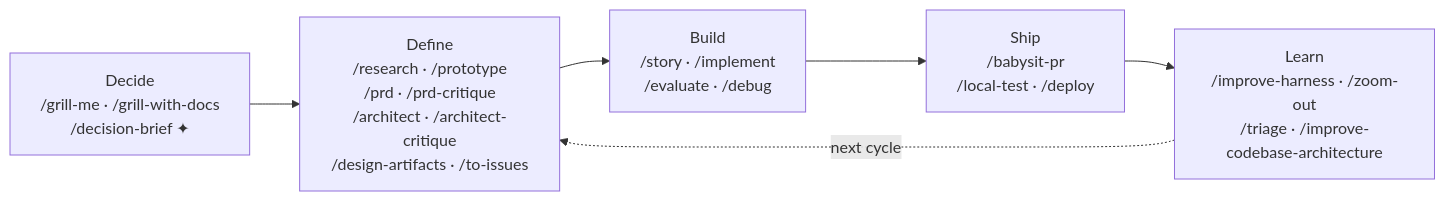
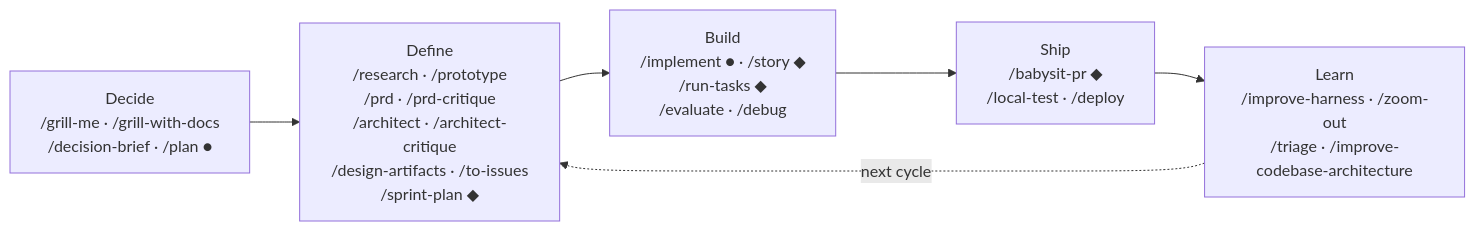
One commit to anudeeps28/claude-code-harness changed the first of 3 diagrams in README.md. Above: the diagram before and after it, drawn with Mermaid. The commit also changed other lines of this file, not shown here.

First line of the commit message:
docs: add solo and enterprise workflow diagrams to SDLC section

````diff
--- a/README.md
+++ b/README.md
@@ -71,11 +71,11 @@
 ```mermaid
 flowchart LR
-    P0["Decide<br/>/grill-me · /grill-with-docs<br/>/decision-brief ✦"]
-    P1["Define<br/>/research · /prototype<br/>/prd · /prd-critique<br/>/architect · /architect-critique<br/>/design-artifacts · /to-issues"]
-    P2["Build<br/>/story · /implement<br/>/evaluate · /debug"]
-    P3["Ship<br/>/babysit-pr<br/>/local-test · /deploy"]
+    P0["Decide<br/>/grill-me · /grill-with-docs<br/>/decision-brief · /plan ●"]
+    P1["Define<br/>/research · /prototype<br/>/prd · /prd-critique<br/>/architect · /architect-critique<br/>/design-artifacts · /to-issues<br/>/sprint-plan ◆"]
+    P2["Build<br/>/implement ● · /story ◆<br/>/run-tasks ◆<br/>/evaluate · /debug"]
+    P3["Ship<br/>/babysit-pr ◆<br/>/local-test · /deploy"]
     P4["Learn<br/>/improve-harness · /zoom-out<br/>/triage · /improve-codebase-architecture"]
 
     P0 --> P1 --> P2 --> P3 --> P4
     P4 -.->|"next cycle"| P1
 ```
````
